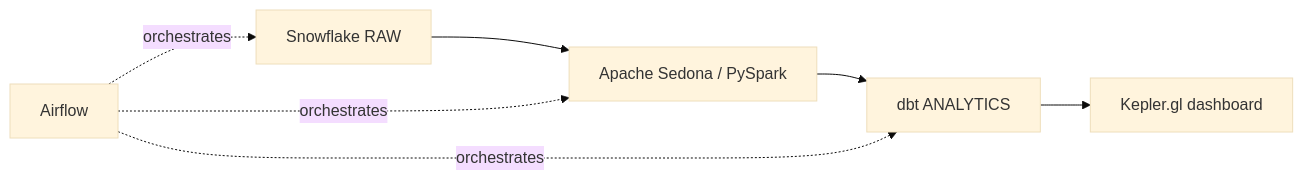
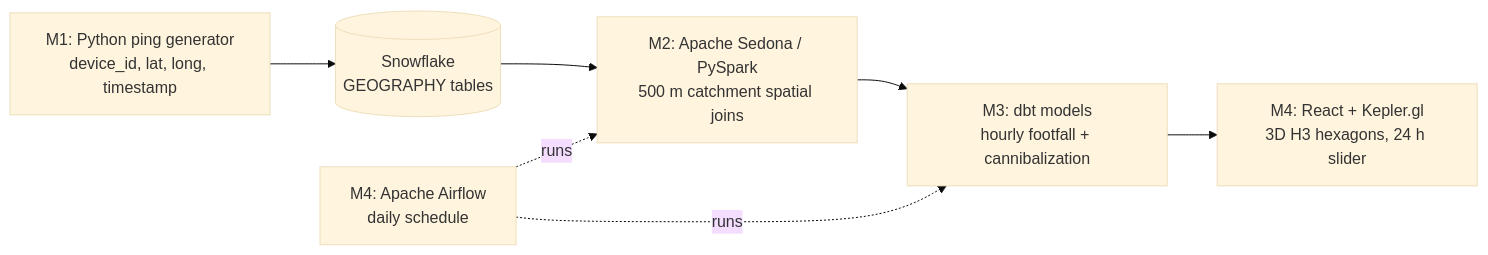
Before and after one commit to Kunalpatil2024/geopulse-retail-mobility: the diagram in README.md, drawn with Mermaid (base theme). The commit also changed other lines of this file, not shown here.

````diff
--- a/README.md
+++ b/README.md
@@ -16,9 +30,9 @@
 ```mermaid
 flowchart LR
-    S[Snowflake RAW] --> P[Apache Sedona / PySpark]
-    P --> D[dbt ANALYTICS]
-    D --> K[Kepler.gl dashboard]
-    A[Airflow] -. orchestrates .-> S
-    A -. orchestrates .-> P
-    A -. orchestrates .-> D
+    A[M1: Python ping generator<br/>device_id, lat, long, timestamp] --> B[(Snowflake<br/>GEOGRAPHY tables)]
+    B --> C[M2: Apache Sedona / PySpark<br/>500 m catchment spatial joins]
+    C --> D[M3: dbt models<br/>hourly footfall + cannibalization]
+    D --> E[M4: React + Kepler.gl<br/>3D H3 hexagons, 24 h slider]
+    F[M4: Apache Airflow<br/>daily schedule] -.runs.-> C
+    F -.runs.-> D
 ```
````
